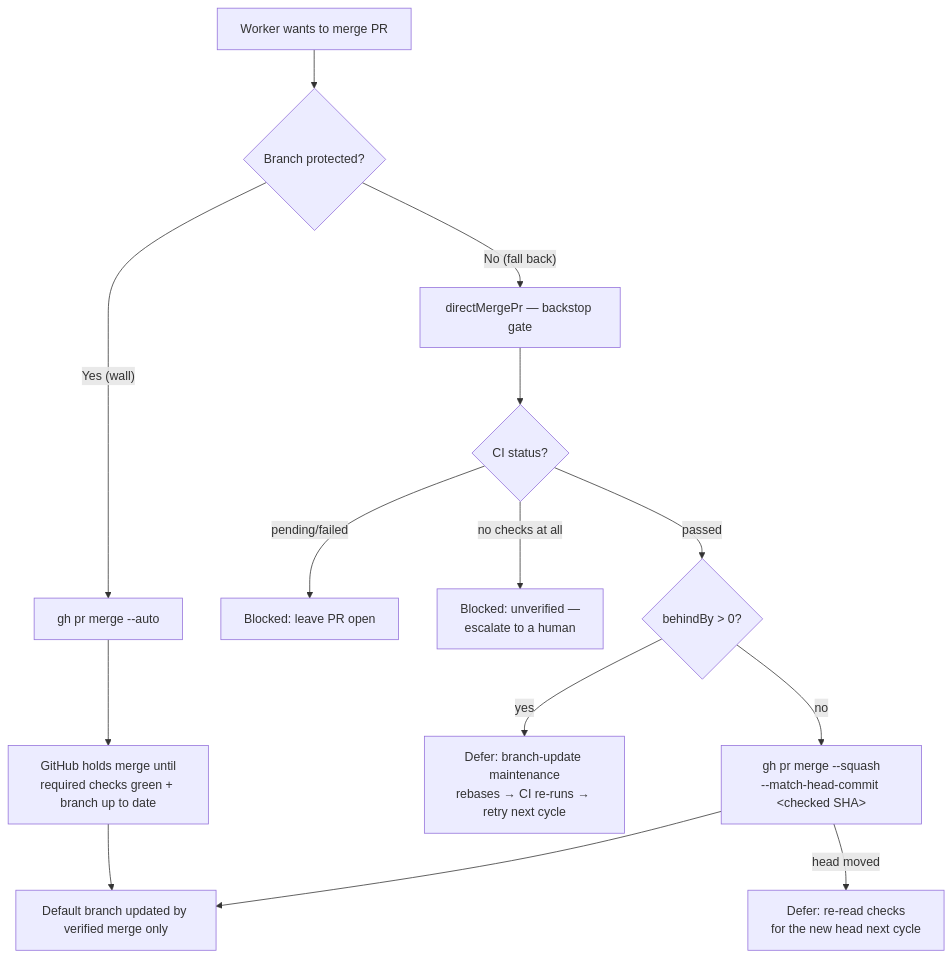
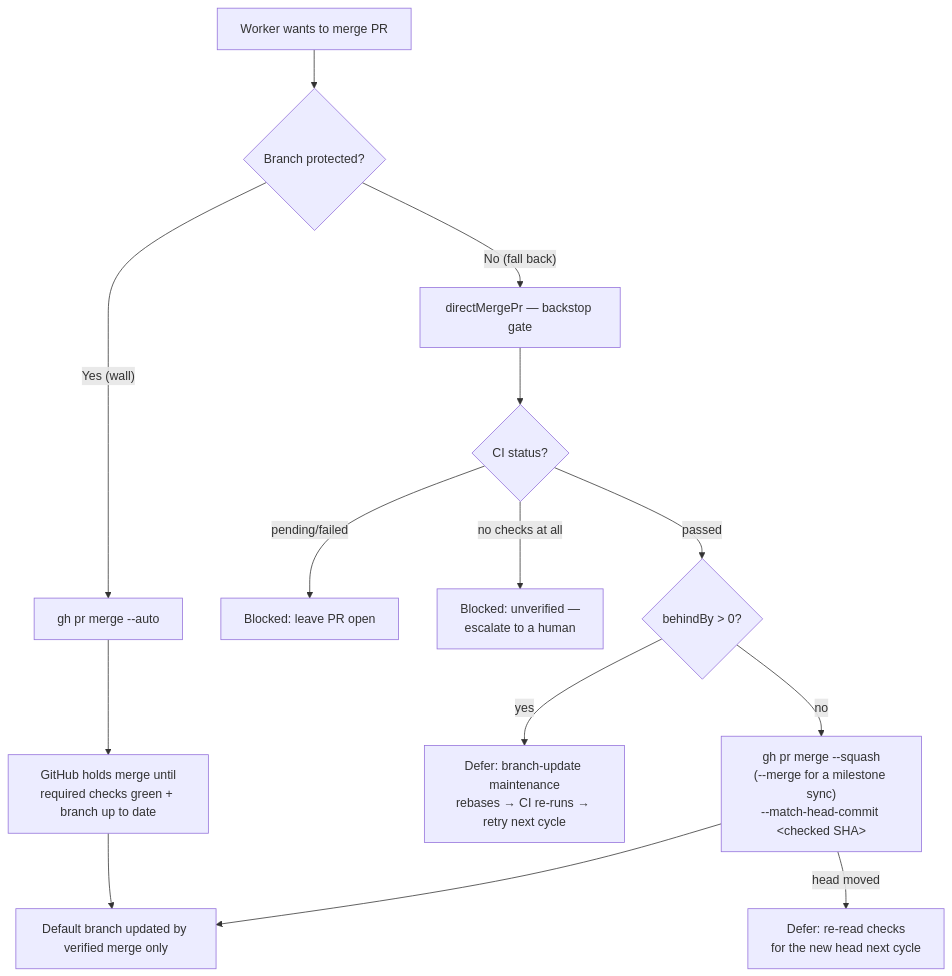
Before and after one commit to stSoftwareAU/VibeCoder: the first of 7 diagrams in docs/MERGE.md, drawn with Mermaid. The commit also changed other lines of this file and 14 other files, not shown here.

````diff
--- a/docs/MERGE.md
+++ b/docs/MERGE.md
@@ -34,16 +34,16 @@
 ```mermaid
 flowchart TD
     A[Worker wants to merge PR] --> B{Branch protected?}
     B -- "Yes (wall)" --> C[gh pr merge --auto]
     C --> D[GitHub holds merge until<br/>required checks green + branch up to date]
     B -- "No (fall back)" --> E[directMergePr — backstop gate]
     E --> F{CI status?}
     F -- pending/failed --> G[Blocked: leave PR open]
     F -- "no checks at all" --> N[Blocked: unverified —<br/>escalate to a human]
     F -- passed --> H{behindBy > 0?}
     H -- yes --> I[Defer: branch-update maintenance<br/>rebases → CI re-runs → retry next cycle]
-    H -- no --> J["gh pr merge --squash<br/>--match-head-commit &lt;checked SHA&gt;"]
+    H -- no --> J["gh pr merge --squash<br/>(--merge for a milestone sync)<br/>--match-head-commit &lt;checked SHA&gt;"]
     J -- head moved --> L[Defer: re-read checks<br/>for the new head next cycle]
     D --> K[Default branch updated by verified merge only]
     J --> K
 ```
````
